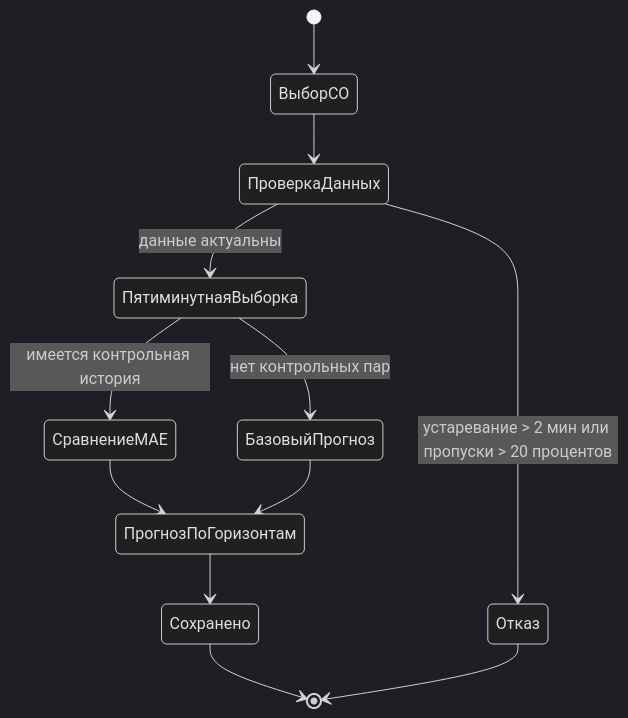
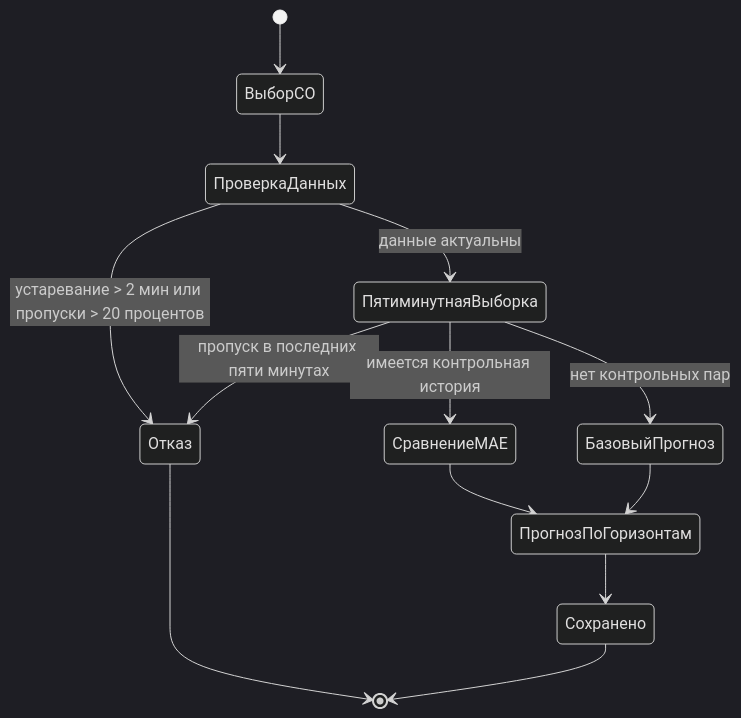
Before and after one commit to glamurplanet/USUDT: the second of 7 diagrams in docs/ALGORITHMS.md, drawn with Mermaid (dark theme). The commit also changed other lines of this file, not shown here.

````diff
--- a/docs/ALGORITHMS.md
+++ b/docs/ALGORITHMS.md
@@ -27,14 +27,15 @@
 ```mermaid
 stateDiagram-v2
     [*] --> ВыборСО
     ВыборСО --> ПроверкаДанных
     ПроверкаДанных --> Отказ: устаревание > 2 мин или пропуски > 20 процентов
     ПроверкаДанных --> ПятиминутнаяВыборка: данные актуальны
+    ПятиминутнаяВыборка --> Отказ: пропуск в последних пяти минутах
     ПятиминутнаяВыборка --> СравнениеMAE: имеется контрольная история
     ПятиминутнаяВыборка --> БазовыйПрогноз: нет контрольных пар
     СравнениеMAE --> ПрогнозПоГоризонтам
     БазовыйПрогноз --> ПрогнозПоГоризонтам
     ПрогнозПоГоризонтам --> Сохранено
     Сохранено --> [*]
     Отказ --> [*]
 ```
````
